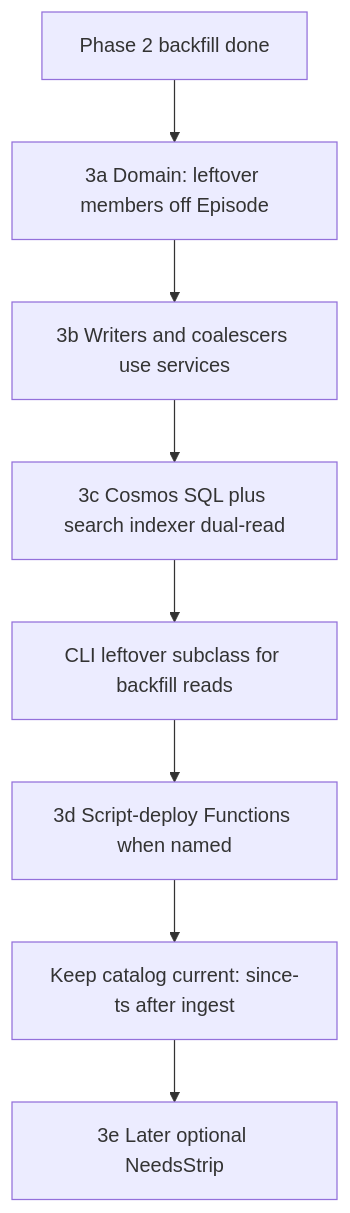
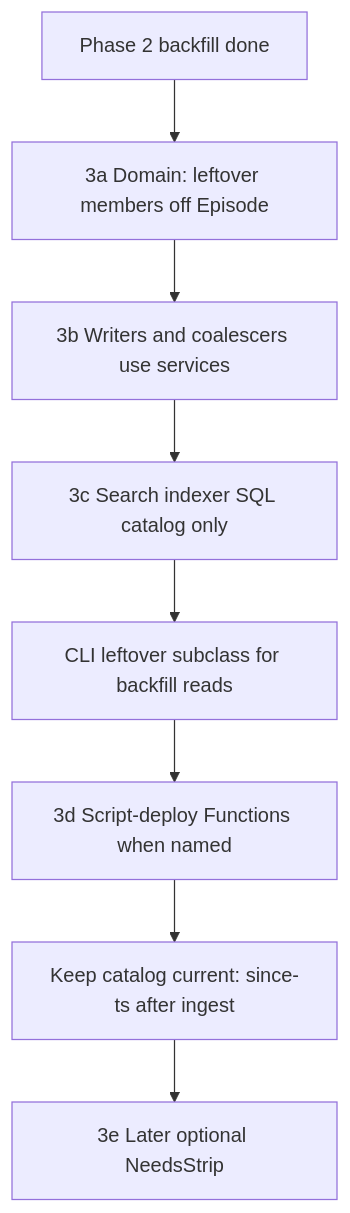
The diagram in docs/episode-services-phase-3.md (cultpodcasts/RedditPodcastPoster), drawn with Mermaid before and after one commit. The commit also changed other lines of this file and 5 other files, not shown here.

First line of the commit message:
Read catalog only in search indexer and duplicate-finder SQL.

````diff
--- a/docs/episode-services-phase-3.md
+++ b/docs/episode-services-phase-3.md
@@ -46,12 +46,12 @@
 ```mermaid
 flowchart TD
   P2["Phase 2 backfill done"]
   P3a["3a Domain: leftover members off Episode"]
   P3b["3b Writers and coalescers use services"]
-  P3c["3c Cosmos SQL plus search indexer dual-read"]
+  P3c["3c Search indexer SQL catalog only"]
   P3cli["CLI leftover subclass for backfill reads"]
   P3d["3d Script-deploy Functions when named"]
   P3keep["Keep catalog current: since-ts after ingest"]
   P3e["3e Later optional NeedsStrip"]
   P2 --> P3a --> P3b --> P3c --> P3cli --> P3d --> P3keep --> P3e
 ```
````
